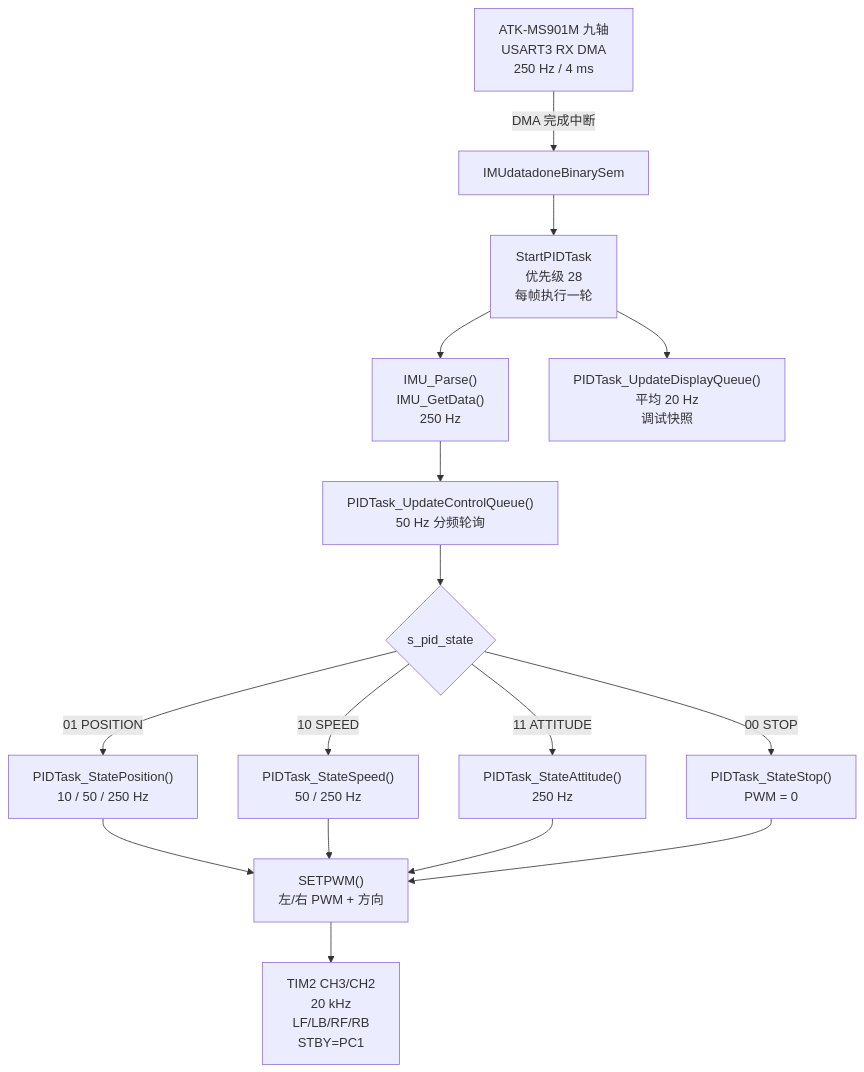
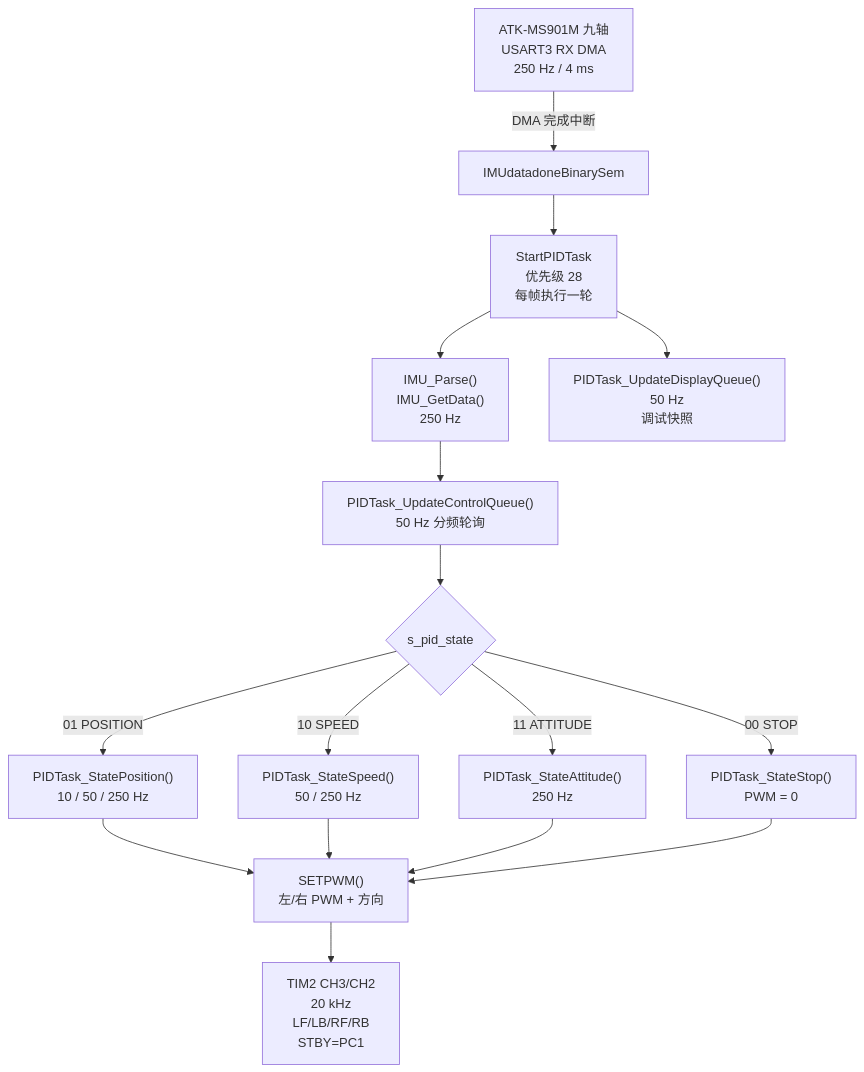
One commit to zitzengzit-png/CQUelectest2026 changed the first of 5 diagrams in prj/elet2026/tasks/PID_CONTROL_DIAGRAM.md. Above: the diagram before and after it, drawn with Mermaid. The commit also changed other lines of this file and 28 other files, not shown here.

````diff
--- a/prj/elet2026/tasks/PID_CONTROL_DIAGRAM.md
+++ b/prj/elet2026/tasks/PID_CONTROL_DIAGRAM.md
@@ -13,18 +13,18 @@
 ```mermaid
 flowchart TD
     IMU["ATK-MS901M 九轴<br/>USART3 RX DMA<br/>250 Hz / 4 ms"] -->|"DMA 完成中断"| SEM["IMUdatadoneBinarySem"]
     SEM --> PID["StartPIDTask<br/>优先级 28<br/>每帧执行一轮"]
     PID --> PARSE["IMU_Parse()<br/>IMU_GetData()<br/>250 Hz"]
     PARSE --> CQ["PIDTask_UpdateControlQueue()<br/>50 Hz 分频轮询"]
     CQ --> STATE{"s_pid_state"}
     STATE -->|"00 STOP"| STOP["PIDTask_StateStop()<br/>PWM = 0"]
     STATE -->|"01 POSITION"| POS["PIDTask_StatePosition()<br/>10 / 50 / 250 Hz"]
     STATE -->|"10 SPEED"| SPD["PIDTask_StateSpeed()<br/>50 / 250 Hz"]
     STATE -->|"11 ATTITUDE"| ATT["PIDTask_StateAttitude()<br/>250 Hz"]
     POS --> OUT["SETPWM()<br/>左/右 PWM + 方向"]
     SPD --> OUT
     ATT --> OUT
     STOP --> OUT
-    PID --> LCD["PIDTask_UpdateDisplayQueue()<br/>平均 20 Hz<br/>调试快照"]
+    PID --> LCD["PIDTask_UpdateDisplayQueue()<br/>50 Hz<br/>调试快照"]
     OUT --> MOTOR["TIM2 CH3/CH2<br/>20 kHz<br/>LF/LB/RF/RB<br/>STBY=PC1"]
 ```
````
